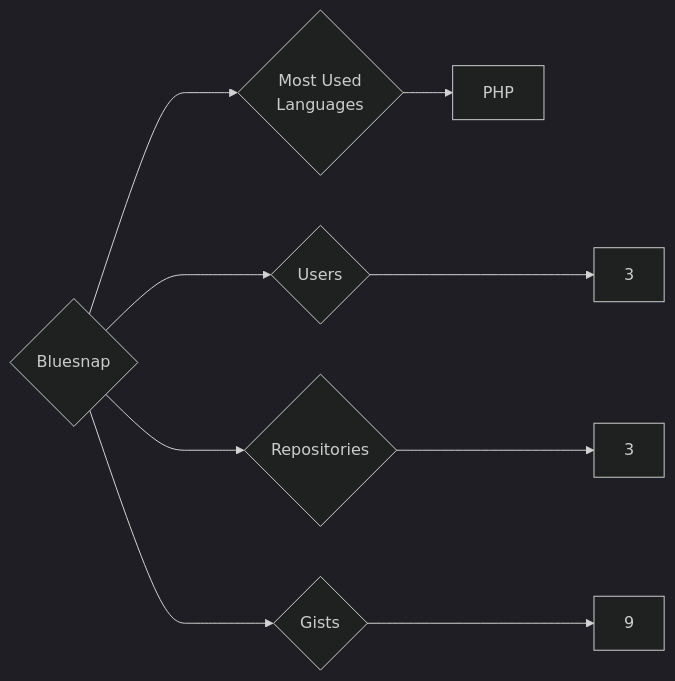
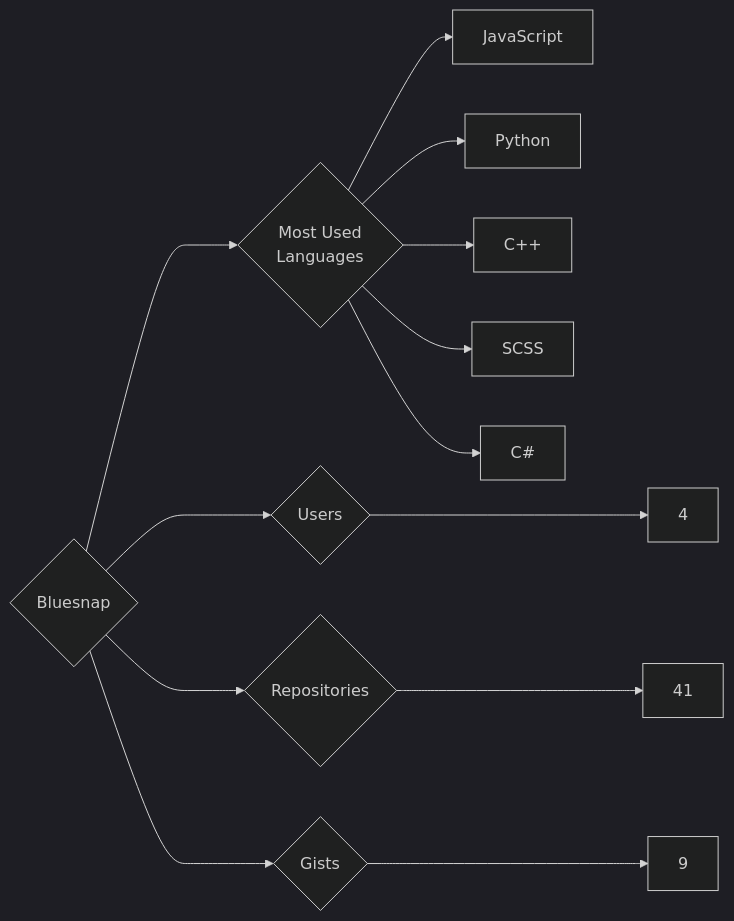
One commit to trickest/insiders changed the diagram in targets/Bluesnap/README.md. Above: the diagram before and after it, drawn with Mermaid (dark theme). The commit also changed 618 other files, not shown here.

````diff
--- a/targets/Bluesnap/README.md
+++ b/targets/Bluesnap/README.md
@@ -3,9 +3,13 @@
 ```mermaid
 graph LR
 COMPANY_NAME{Bluesnap}
-COMPANY_NAME ---> U{Users} ---> UN[3]
-COMPANY_NAME ---> R{Repositories} ---> RN[3]
+COMPANY_NAME ---> U{Users} ---> UN[4]
+COMPANY_NAME ---> R{Repositories} ---> RN[41]
 COMPANY_NAME ---> G{Gists} ---> GN[9]
 COMPANY_NAME ---> ML{Most Used<br>Languages}
-ML --> PHP[PHP]
+ML --> JavaScript[JavaScript]
+ML --> Python[Python]
+ML --> C++[C++]
+ML --> SCSS[SCSS]
+ML --> C#[C#]
 ```
````
